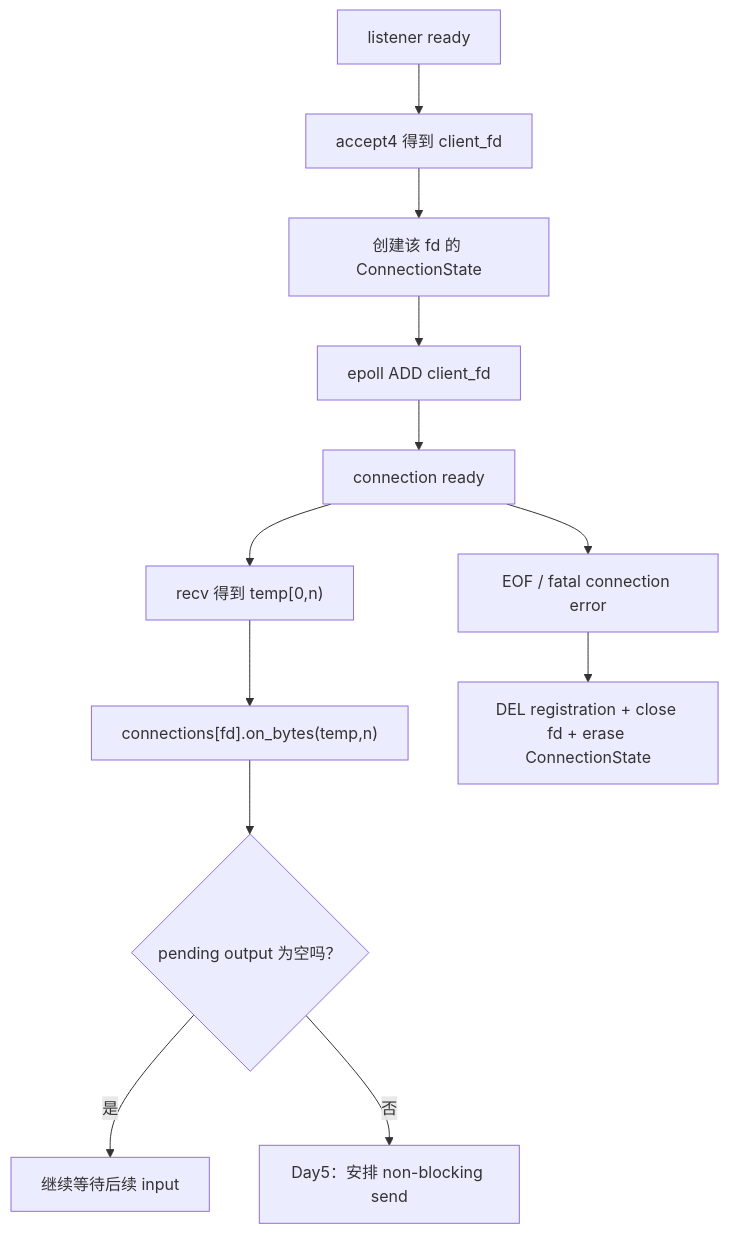
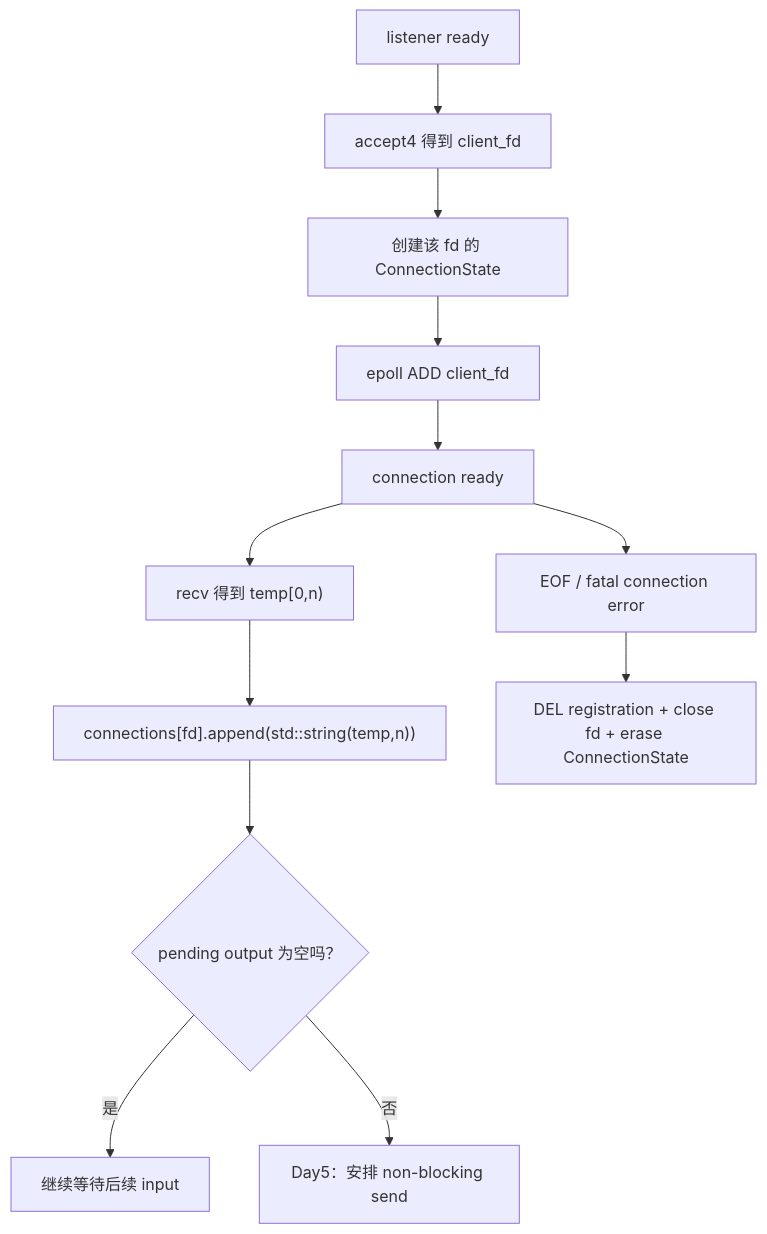
Before and after one commit to FxorG00/system-learning-notes: the third of 3 diagrams in week9/day4/day4.md, drawn with Mermaid. The commit also changed other lines of this file and 3 other files, not shown here.

````diff
--- a/week9/day4/day4.md
+++ b/week9/day4/day4.md
@@ -827,14 +828,14 @@
 ```mermaid
 flowchart TD
     A["listener ready"] --> B["accept4 得到 client_fd"]
     B --> C["创建该 fd 的 ConnectionState"]
     C --> D["epoll ADD client_fd"]
     D --> E["connection ready"]
     E --> F["recv 得到 temp[0,n)"]
-    F --> G["connections[fd].on_bytes(temp,n)"]
+    F --> G["connections[fd].append(std::string(temp,n))"]
     G --> H{"pending output 为空吗？"}
     H -->|是| I["继续等待后续 input"]
     H -->|否| J["Day5：安排 non-blocking send"]
     E --> K["EOF / fatal connection error"]
     K --> L["DEL registration + close fd + erase ConnectionState"]
 ```
````
